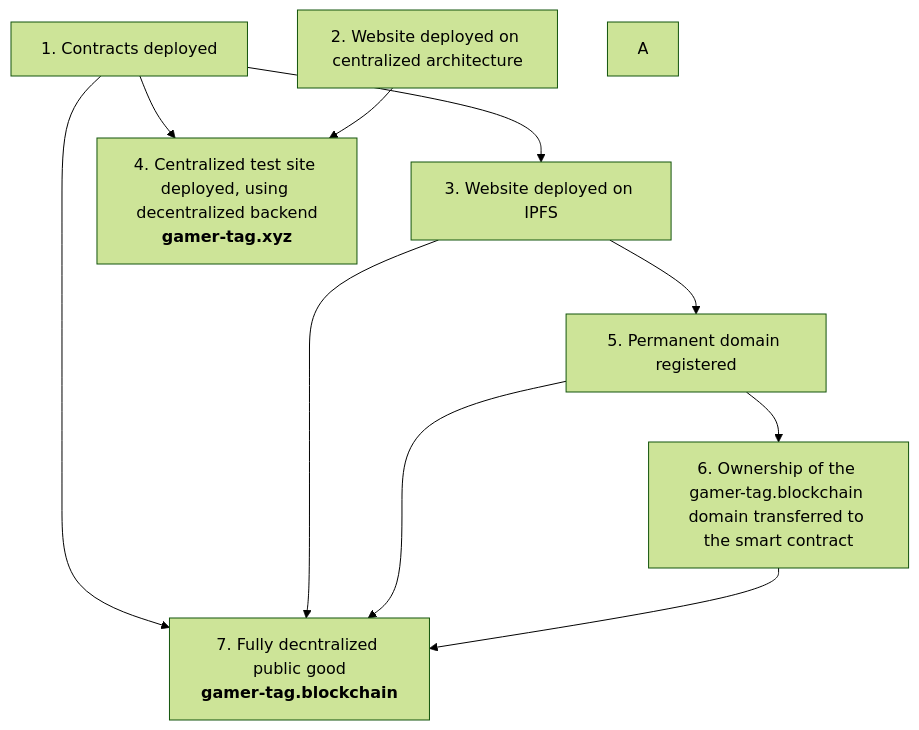
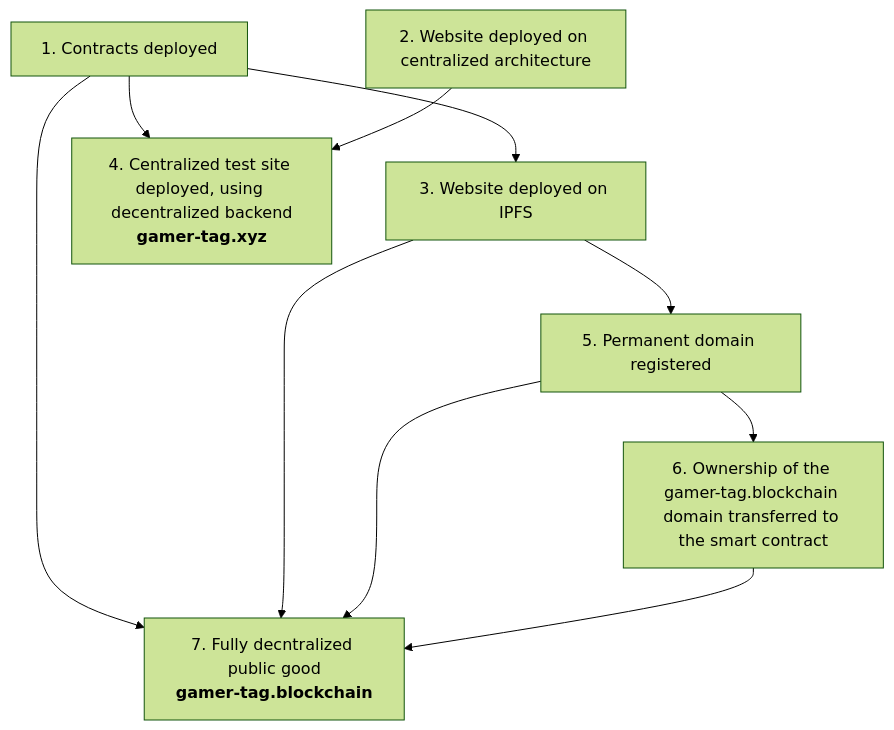
The diagram in README.md (TerryJHarrison/gamer-tag), drawn with Mermaid (forest theme) before and after one commit.

````diff
--- a/README.md
+++ b/README.md
@@ -9,27 +9,25 @@
 ```mermaid
 flowchart TD
 	contracts["1. Contracts deployed"]
 	
 	centralizedWeb["2. Website deployed on centralized architecture"]
 	decentralizedWeb["3. Website deployed on IPFS"]
 	
 	centralizedTestSite["4. Centralized test site deployed, using decentralized backend<br/><b>gamer-tag.xyz</b>"]
 	
 	permanentDomain["5. Permanent domain registered"]
 	noDomainOwner["6. Ownership of the gamer-tag.blockchain domain transferred to the smart contract"]
 	
 	decentralizedApplication["7. Fully decntralized public good<br/><b>gamer-tag.blockchain</b>"]
 	
 	contracts --> centralizedTestSite
 	centralizedWeb --> centralizedTestSite
 	
 	contracts --> decentralizedWeb
 	decentralizedWeb --> permanentDomain --> noDomainOwner
 	
 	contracts --> decentralizedApplication
 	decentralizedWeb --> decentralizedApplication
 	permanentDomain --> decentralizedApplication
 	noDomainOwner --> decentralizedApplication
-	
-	style A text-size:22px;
 ```
````
